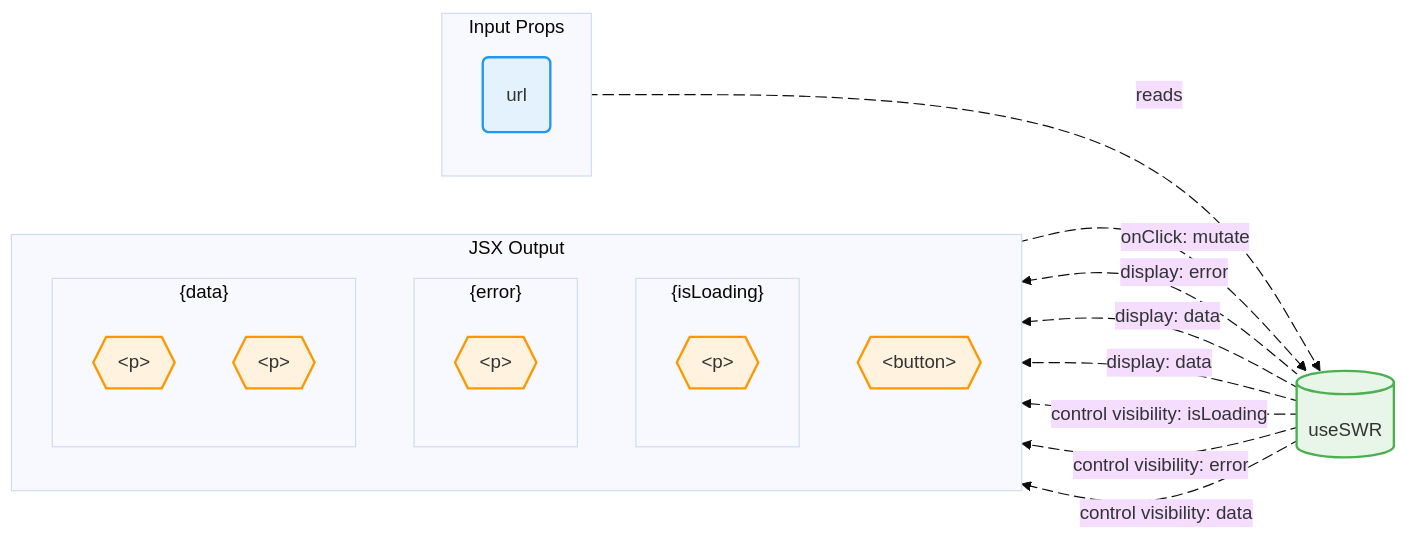
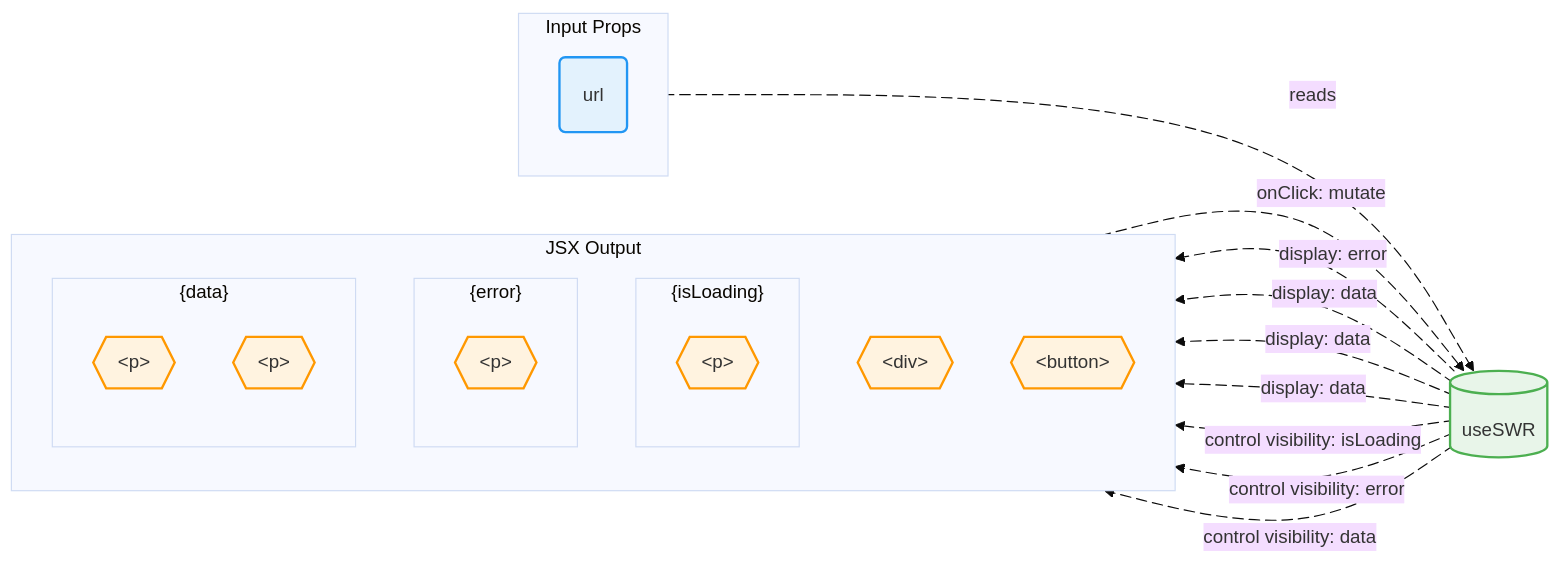
One commit to shibukawa/web-component-analyzer changed the diagram in examples/react-vite/src/components/101-SWR-BasicFetch.mmd. Above: the diagram before and after it, drawn with Mermaid. The commit also changed 51 other files, not shown here.

```diff
--- a/examples/react-vite/src/components/101-SWR-BasicFetch.mmd
+++ b/examples/react-vite/src/components/101-SWR-BasicFetch.mmd
@@ -1,65 +1,70 @@
 %%{init: {'theme': 'base', 'themeVariables': {'fontFamily': 'Comic Sans MS, cursive'}, 'flowchart': {'curve': 'basis', 'padding': 20}}}%%
 flowchart LR
   subgraph InputProps["Input Props"]
     direction TB
     prop_0("url")
   end
   library_hook_1[("useSWR")]
   jsx_element_0["p"]
   jsx_element_1["p"]
+  jsx_element_5["div"]
   jsx_element_2["p"]
   jsx_element_3["p"]
   jsx_element_4["button"]
   subgraph_1@{ shape: hex, label: "{isLoading}" }
   subgraph_2@{ shape: hex, label: "{error}" }
   subgraph_3@{ shape: hex, label: "{data}" }
   subgraph subgraph_0["JSX Output"]
     direction TB
     subgraph subgraph_1["{isLoading}"]
       direction TB
         jsx_element_0@{ shape: hex, label: "&lt;p&gt;" }
     end
     subgraph subgraph_2["{error}"]
       direction TB
         jsx_element_1@{ shape: hex, label: "&lt;p&gt;" }
     end
+      jsx_element_5@{ shape: hex, label: "&lt;div&gt;" }
     subgraph subgraph_3["{data}"]
       direction TB
         jsx_element_2@{ shape: hex, label: "&lt;p&gt;" }
         jsx_element_3@{ shape: hex, label: "&lt;p&gt;" }
     end
       jsx_element_4@{ shape: hex, label: "&lt;button&gt;" }
   end
   library_hook_1 elibrary_hook_1_subgraph_1@-->|"control visibility: isLoading"| subgraph_1
   elibrary_hook_1_subgraph_1@{ animate: true }
   library_hook_1 elibrary_hook_1_subgraph_2@-->|"control visibility: error"| subgraph_2
   elibrary_hook_1_subgraph_2@{ animate: true }
   library_hook_1 elibrary_hook_1_subgraph_3@-->|"control visibility: data"| subgraph_3
   elibrary_hook_1_subgraph_3@{ animate: true }
   library_hook_1 elibrary_hook_1_jsx_element_1@-->|"display: error"| jsx_element_1
   elibrary_hook_1_jsx_element_1@{ animate: true }
+  library_hook_1 elibrary_hook_1_jsx_element_5@-->|"display: data"| jsx_element_5
+  elibrary_hook_1_jsx_element_5@{ animate: true }
   library_hook_1 elibrary_hook_1_jsx_element_2@-->|"display: data"| jsx_element_2
   elibrary_hook_1_jsx_element_2@{ animate: true }
   library_hook_1 elibrary_hook_1_jsx_element_3@-->|"display: data"| jsx_element_3
   elibrary_hook_1_jsx_element_3@{ animate: true }
   jsx_element_4 ejsx_element_4_library_hook_1@-->|"onClick: mutate"| library_hook_1
   ejsx_element_4_library_hook_1@{ animate: true }
   prop_0 eprop_0_library_hook_1@-->|"reads"| library_hook_1
   eprop_0_library_hook_1@{ animate: true }
 
   %% Styling
   classDef inputProp fill:#E3F2FD,stroke:#2196F3,stroke-width:2px
   classDef outputProp fill:#FFF3E0,stroke:#FF9800,stroke-width:2px
   classDef process fill:#F3E5F5,stroke:#9C27B0,stroke-width:3px
   classDef dataStore fill:#E8F5E9,stroke:#4CAF50,stroke-width:2px
   classDef jsxElement fill:#FFF3E0,stroke:#FF9800,stroke-width:2px
   classDef contextData fill:#E1F5FE,stroke:#0288D1,stroke-width:2px
   classDef contextFunction fill:#FFF9C4,stroke:#F57C00,stroke-width:2px
   classDef exportedHandler fill:#E8F5E9,stroke:#4CAF50,stroke-width:2px
   class prop_0 inputProp
   class library_hook_1 dataStore
   class jsx_element_0 jsxElement
   class jsx_element_1 jsxElement
+  class jsx_element_5 jsxElement
   class jsx_element_2 jsxElement
   class jsx_element_3 jsxElement
   class jsx_element_4 jsxElement
```
